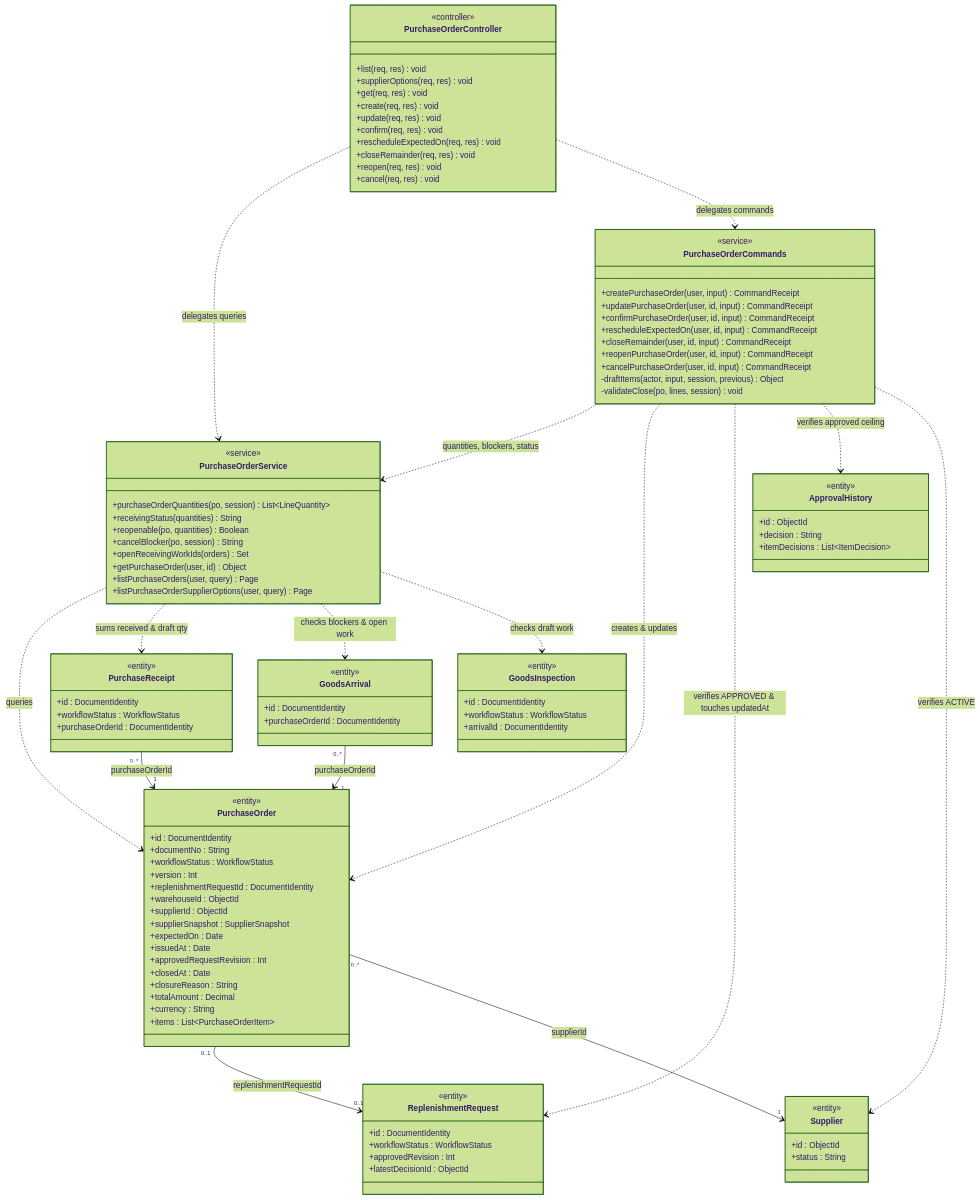
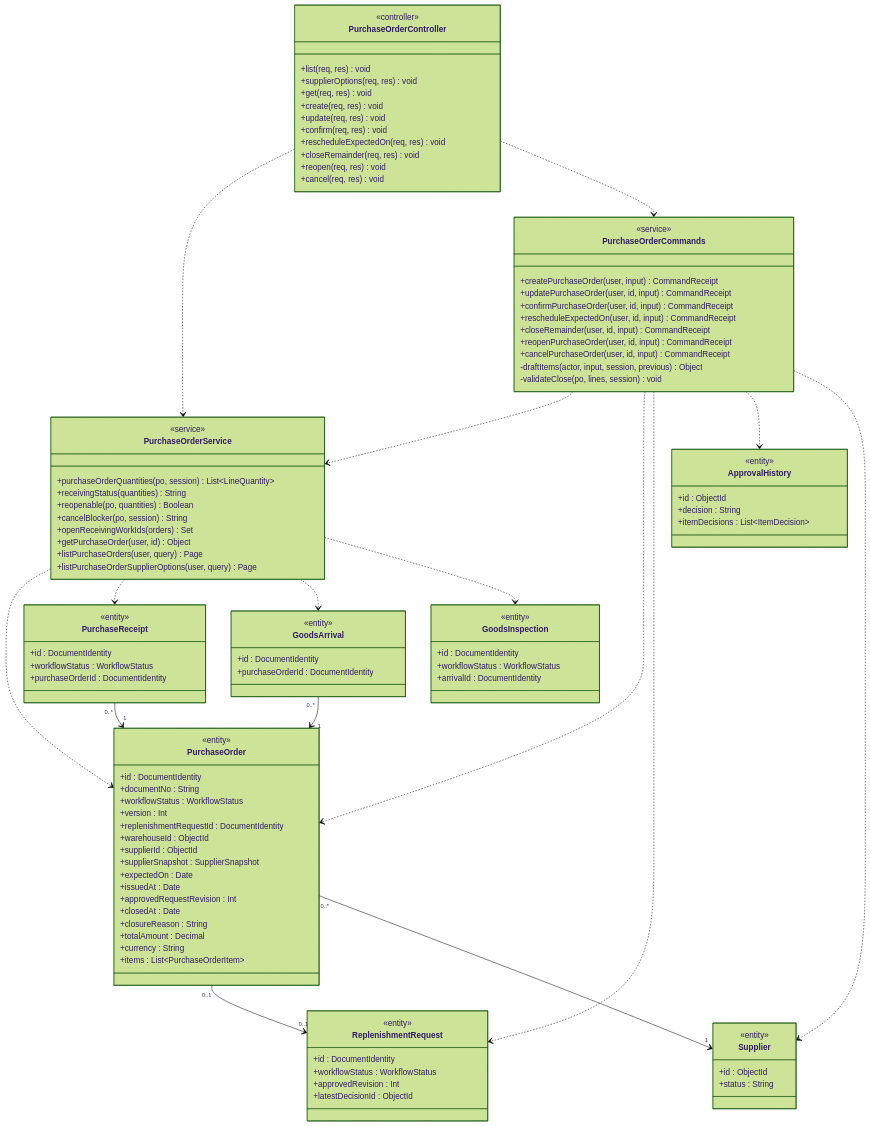
One commit to bupbalabup/wmsd_be changed the ninth of 46 diagrams in git_doc/docs/01_bao_cao/WMSD_Report4_Draft.md. Above: the diagram before and after it, drawn with Mermaid (forest theme). The commit also changed other lines of this file and 80 other files, not shown here.

First line of the commit message:
feat(purchase): implement core purchase functionalities and validation schemas

````diff
--- a/git_doc/docs/01_bao_cao/WMSD_Report4_Draft.md
+++ b/git_doc/docs/01_bao_cao/WMSD_Report4_Draft.md
@@ -828,19 +823,19 @@
     +workflowStatus : WorkflowStatus
     +arrivalId : DocumentIdentity
   }
-  PurchaseOrderController ..> PurchaseOrderService : delegates queries
-  PurchaseOrderController ..> PurchaseOrderCommands : delegates commands
-  PurchaseOrderCommands ..> PurchaseOrderService : quantities, blockers, status
-  PurchaseOrderCommands ..> PurchaseOrder : creates & updates
-  PurchaseOrderCommands ..> ReplenishmentRequest : verifies APPROVED & touches updatedAt
-  PurchaseOrderCommands ..> ApprovalHistory : verifies approved ceiling
-  PurchaseOrderCommands ..> Supplier : verifies ACTIVE
-  PurchaseOrderService ..> PurchaseOrder : queries
-  PurchaseOrderService ..> PurchaseReceipt : sums received & draft qty
-  PurchaseOrderService ..> GoodsArrival : checks blockers & open work
-  PurchaseOrderService ..> GoodsInspection : checks draft work
-  PurchaseOrder "0..1" --> "0..1" ReplenishmentRequest : replenishmentRequestId
-  PurchaseOrder "0..*" --> "1" Supplier : supplierId
-  PurchaseReceipt "0..*" --> "1" PurchaseOrder : purchaseOrderId
-  GoodsArrival "0..*" --> "1" PurchaseOrder : purchaseOrderId
+  PurchaseOrderController ..> PurchaseOrderService
+  PurchaseOrderController ..> PurchaseOrderCommands
+  PurchaseOrderCommands ..> PurchaseOrderService
+  PurchaseOrderCommands ..> PurchaseOrder
+  PurchaseOrderCommands ..> ReplenishmentRequest
+  PurchaseOrderCommands ..> ApprovalHistory
+  PurchaseOrderCommands ..> Supplier
+  PurchaseOrderService ..> PurchaseOrder
+  PurchaseOrderService ..> PurchaseReceipt
+  PurchaseOrderService ..> GoodsArrival
+  PurchaseOrderService ..> GoodsInspection
+  PurchaseOrder "0..1" --> "0..1" ReplenishmentRequest
+  PurchaseOrder "0..*" --> "1" Supplier
+  PurchaseReceipt "0..*" --> "1" PurchaseOrder
+  GoodsArrival "0..*" --> "1" PurchaseOrder
 ```
````
